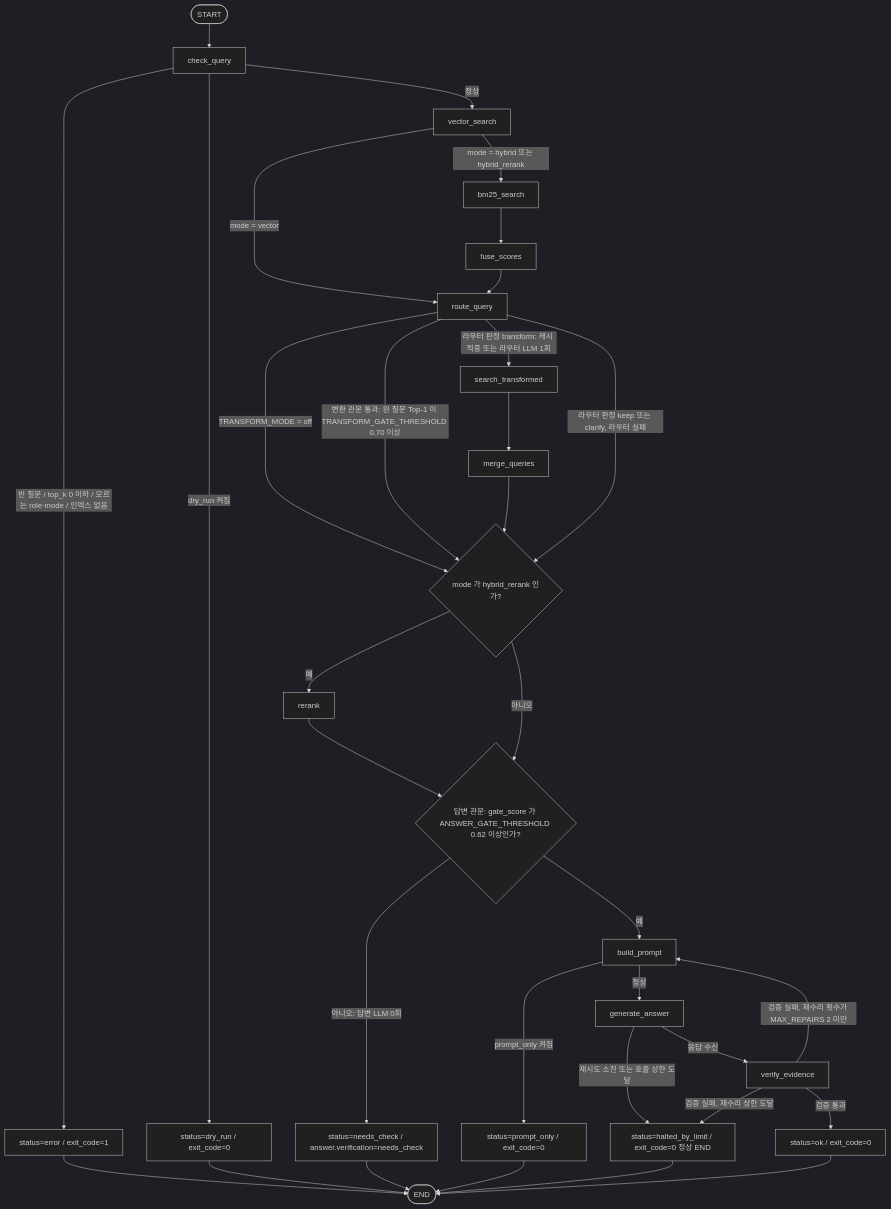
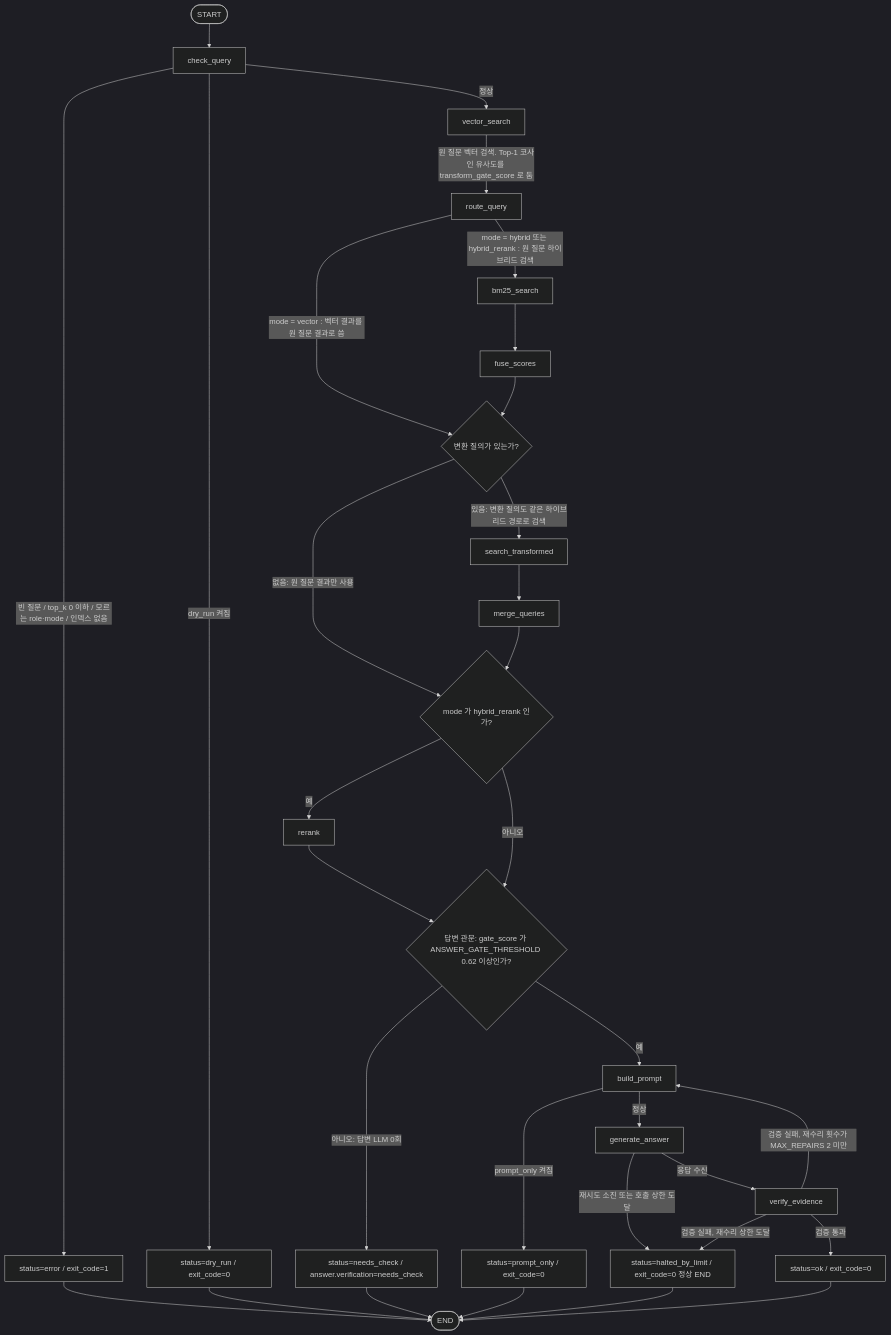
Before and after one commit to unicorn-campus/design-agentic-ai: the second of 3 diagrams in hybrid-ai-lab/vector/plan.md, drawn with Mermaid (dark theme). The commit also changed other lines of this file, not shown here.

````diff
--- a/hybrid-ai-lab/vector/plan.md
+++ b/hybrid-ai-lab/vector/plan.md
@@ -279,64 +279,64 @@
 ```mermaid
 flowchart TD
     S([START])
     Q["check_query"]
     VS["vector_search"]
+    RQ["route_query"]
     BM["bm25_search"]
     FS["fuse_scores"]
-    RQ["route_query"]
+    TQ{"변환 질의가 있는가?"}
     ST["search_transformed"]
     MQ["merge_queries"]
     DM{"mode 가 hybrid_rerank 인가?"}
     RK["rerank"]
     GT{"답변 관문: gate_score 가 ANSWER_GATE_THRESHOLD 0.62 이상인가?"}
     BP["build_prompt"]
     GA["generate_answer"]
     VE["verify_evidence"]
     Y0["status=ok / exit_code=0"]
     Y1["status=error / exit_code=1"]
     Y2["status=dry_run / exit_code=0"]
     Y3["status=needs_check / answer.verification=needs_check"]
     Y4["status=prompt_only / exit_code=0"]
     Y5["status=halted_by_limit / exit_code=0 정상 END"]
     E([END])
 
     S --> Q
     Q -->|"빈 질문 / top_k 0 이하 / 모르는 role·mode / 인덱스 없음"| Y1
     Q -->|"dry_run 켜짐"| Y2
     Q -->|"정상"| VS
 
-    VS -->|"mode = vector"| RQ
-    VS -->|"mode = hybrid 또는 hybrid_rerank"| BM
+    VS -->|"원 질문 벡터 검색. Top-1 코사인 유사도를 transform_gate_score 로 둠"| RQ
+
+    RQ -->|"mode = vector : 벡터 결과를 원 질문 결과로 씀"| TQ
+    RQ -->|"mode = hybrid 또는 hybrid_rerank : 원 질문 하이브리드 검색"| BM
     BM --> FS
-    FS --> RQ
+    FS --> TQ
 
-    RQ -->|"TRANSFORM_MODE = off"| DM
-    RQ -->|"변환 관문 통과: 원 질문 Top-1 이 TRANSFORM_GATE_THRESHOLD 0.70 이상"| DM
-    RQ -->|"라우터 판정 transform: 캐시 적중 또는 라우터 LLM 1회"| ST
-    RQ -->|"라우터 판정 keep 또는 clarify, 라우터 실패"| DM
-
+    TQ -->|"없음: 원 질문 결과만 사용"| DM
+    TQ -->|"있음: 변환 질의도 같은 하이브리드 경로로 검색"| ST
     ST --> MQ
     MQ --> DM
 
     DM -->|"예"| RK
     DM -->|"아니오"| GT
     RK --> GT
 
     GT -->|"아니오: 답변 LLM 0회"| Y3
     GT -->|"예"| BP
     BP -->|"prompt_only 켜짐"| Y4
     BP -->|"정상"| GA
 
     GA -->|"재시도 소진 또는 호출 상한 도달"| Y5
     GA -->|"응답 수신"| VE
     VE -->|"검증 실패, 재수리 횟수가 MAX_REPAIRS 2 미만"| BP
     VE -->|"검증 실패, 재수리 상한 도달"| Y5
     VE -->|"검증 통과"| Y0
 
     Y0 --> E
     Y1 --> E
     Y2 --> E
     Y3 --> E
     Y4 --> E
     Y5 --> E
 ```
````
